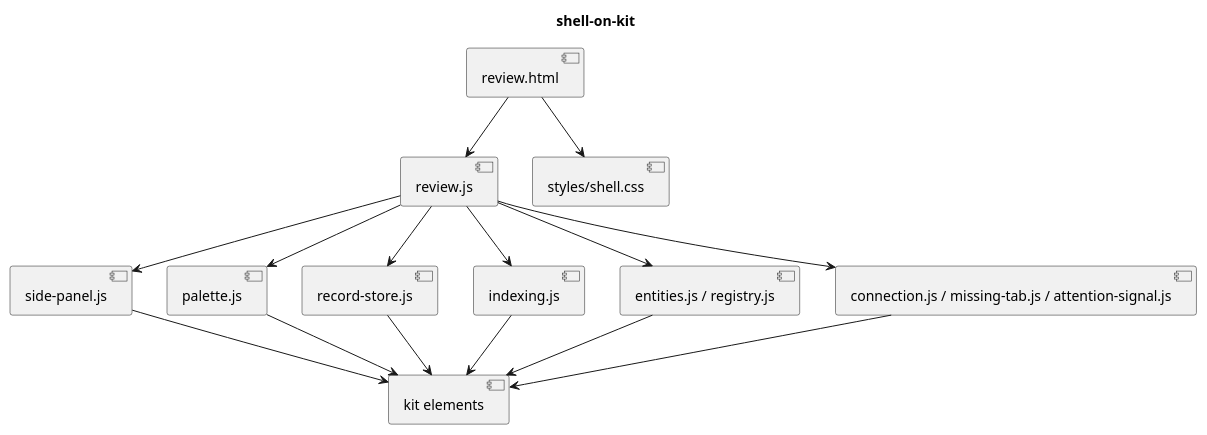
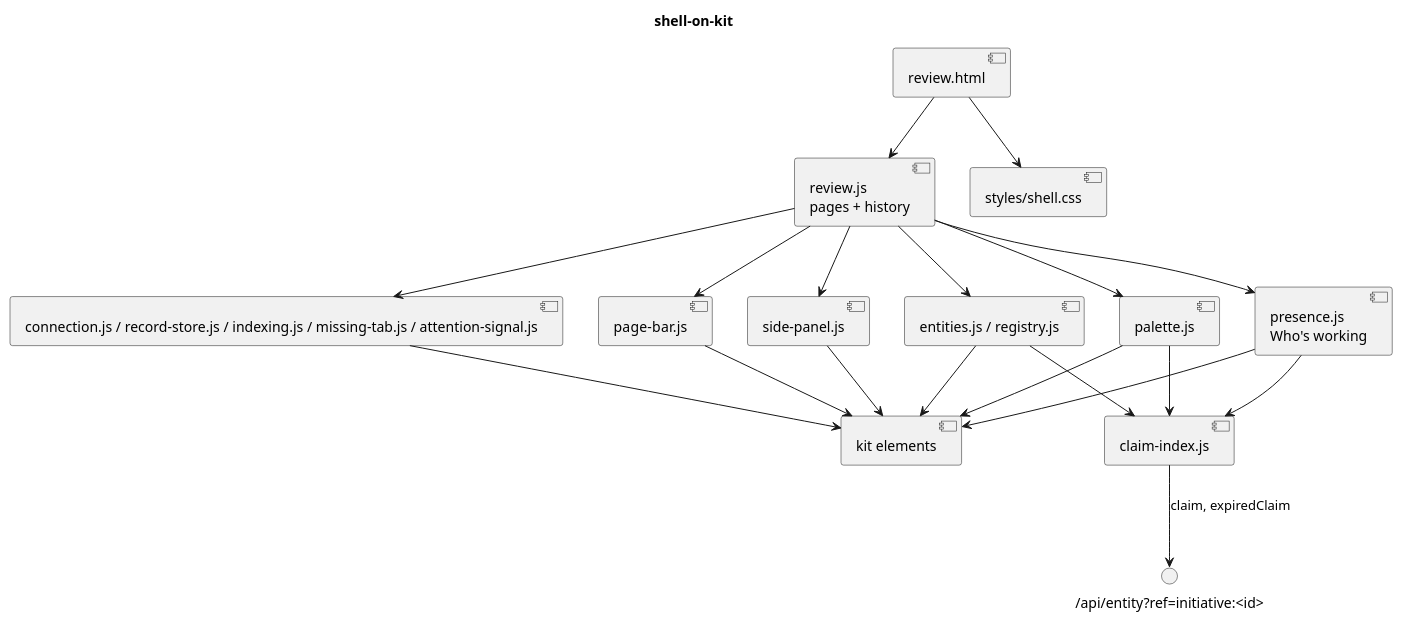
The diagram in docs/plans/review-app-ui-kit/shell-on-kit/code.puml (RumyantsevMichael/Prism), drawn with PlantUML before and after one commit. The commit also changed 46 other files, not shown here.

First line of the commit message:
chore: revise the review app UI kit design

```diff
--- a/docs/plans/review-app-ui-kit/shell-on-kit/code.puml
+++ b/docs/plans/review-app-ui-kit/shell-on-kit/code.puml
@@ -1,27 +1,33 @@
 @startuml
 title shell-on-kit
 component "review.html" as html
-component "review.js" as app
+component "review.js\npages + history" as app
 component "styles/shell.css" as css
+component "page-bar.js" as bar
+component "claim-index.js" as claims
+component "presence.js\nWho's working" as presence
+component "palette.js" as palette
 component "side-panel.js" as side
-component "palette.js" as palette
-component "record-store.js" as store
-component "indexing.js" as indexing
 component "entities.js / registry.js" as nav
-component "connection.js / missing-tab.js / attention-signal.js" as misc
+component "connection.js / record-store.js / indexing.js / missing-tab.js / attention-signal.js" as misc
 component "kit elements" as kit
+interface "/api/entity?ref=initiative:<id>" as entity
 html --> css
 html --> app
+app --> bar
+app --> palette
 app --> side
-app --> palette
-app --> store
-app --> indexing
 app --> nav
+app --> presence
 app --> misc
+claims --> entity : claim, expiredClaim
+presence --> claims
+palette --> claims
+nav --> claims
+bar --> kit
+presence --> kit
+palette --> kit
 side --> kit
-palette --> kit
-store --> kit
-indexing --> kit
 nav --> kit
 misc --> kit
 @enduml
```
